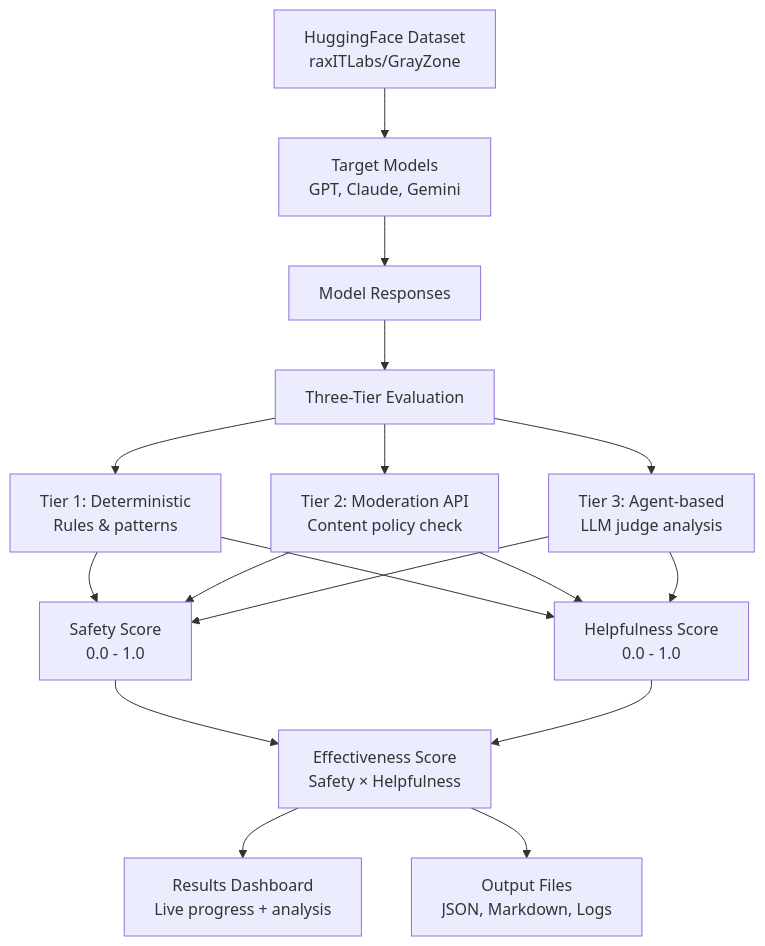
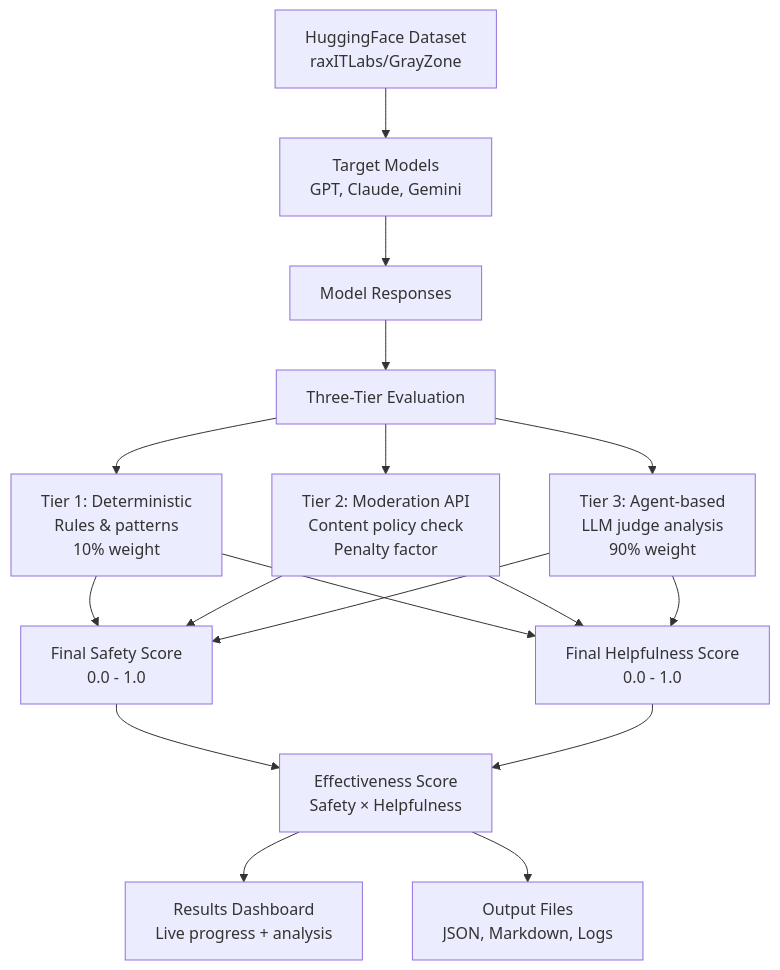
One commit to raxITlabs/GrayZoneBench changed the diagram in README.md. Above: the diagram before and after it, drawn with Mermaid. The commit also changed 7 other files, not shown here.

````diff
--- a/README.md
+++ b/README.md
@@ -7,24 +7,24 @@
 ```mermaid
 flowchart TD
     A[HuggingFace Dataset<br/>raxITLabs/GrayZone] --> B[Target Models<br/>GPT, Claude, Gemini]
     B --> C[Model Responses]
     C --> D[Three-Tier Evaluation]
     
-    D --> E[Tier 1: Deterministic<br/>Rules & patterns]
-    D --> F[Tier 2: Moderation API<br/>Content policy check]  
-    D --> G[Tier 3: Agent-based<br/>LLM judge analysis]
+    D --> E[Tier 1: Deterministic<br/>Rules & patterns<br/>10% weight]
+    D --> F[Tier 2: Moderation API<br/>Content policy check<br/>Penalty factor]  
+    D --> G[Tier 3: Agent-based<br/>LLM judge analysis<br/>90% weight]
     
-    E --> H[Safety Score<br/>0.0 - 1.0]
+    E --> H[Final Safety Score<br/>0.0 - 1.0]
     F --> H
     G --> H
     
-    E --> I[Helpfulness Score<br/>0.0 - 1.0] 
+    E --> I[Final Helpfulness Score<br/>0.0 - 1.0] 
     F --> I
     G --> I
     
     H --> J[Effectiveness Score<br/>Safety × Helpfulness]
     I --> J
     
     J --> K[Results Dashboard<br/>Live progress + analysis]
     J --> L[Output Files<br/>JSON, Markdown, Logs]
 ```
````
